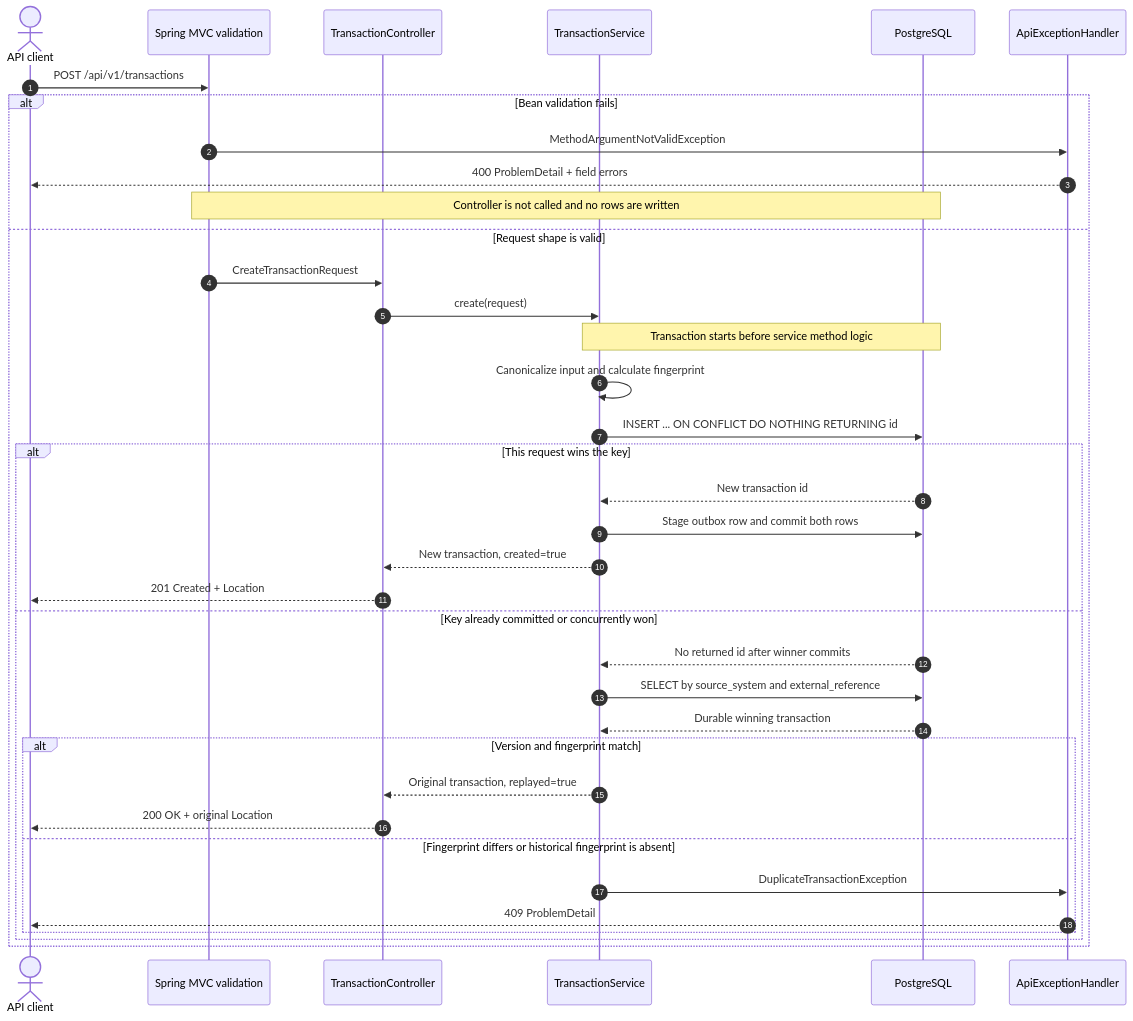
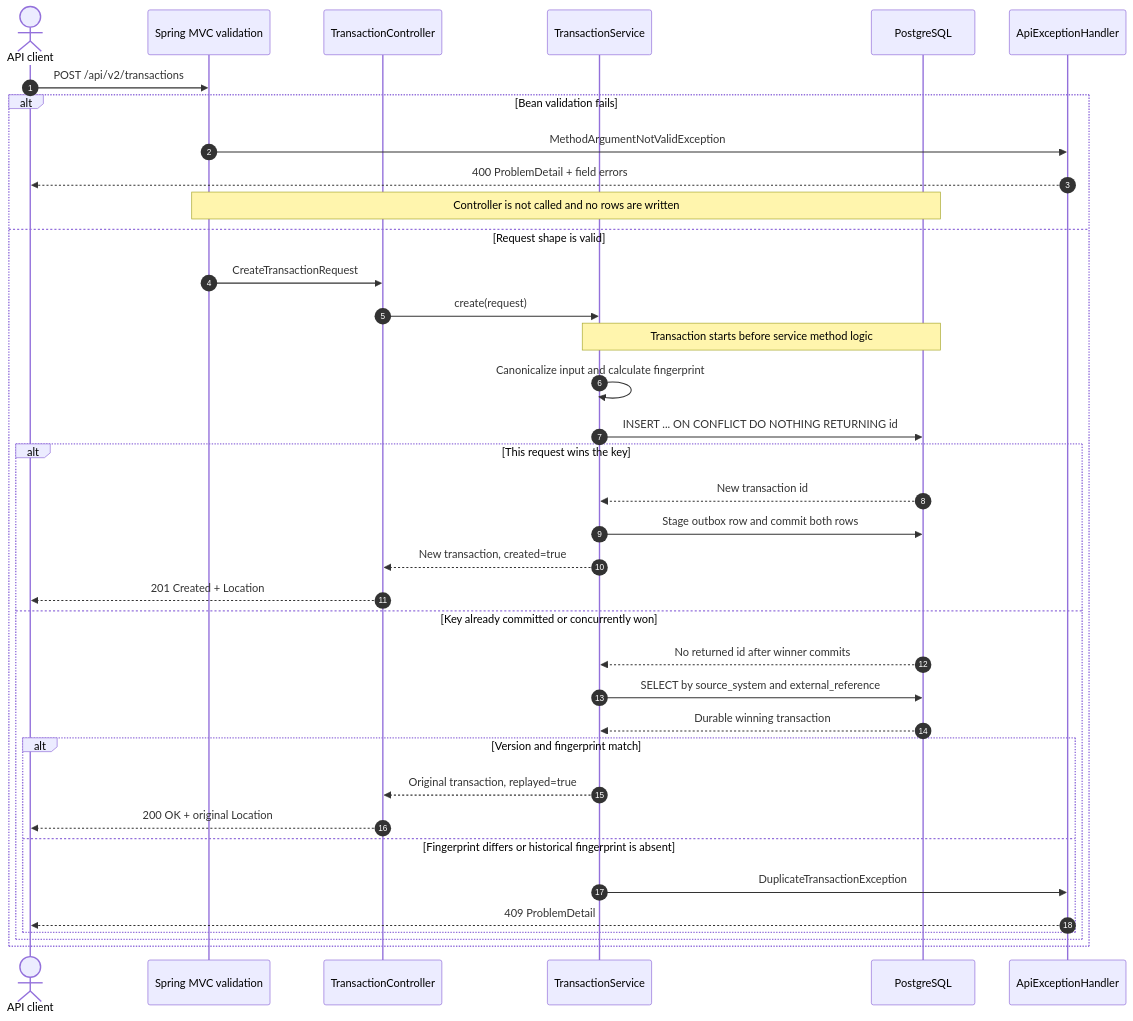
The second of 19 diagrams in docs/sequence-diagrams.md (tarunngusain08/transaction-outbox-service), drawn with Mermaid before and after one commit. The commit also changed other lines of this file and 8 other files, not shown here.

````diff
--- a/docs/sequence-diagrams.md
+++ b/docs/sequence-diagrams.md
@@ -47,40 +47,40 @@
 ```mermaid
 sequenceDiagram
     autonumber
     actor Client as API client
     participant MVC as Spring MVC validation
     participant Controller as TransactionController
     participant Service as TransactionService
     participant DB as PostgreSQL
     participant Handler as ApiExceptionHandler
 
-    Client->>MVC: POST /api/v1/transactions
+    Client->>MVC: POST /api/v2/transactions
     alt Bean validation fails
         MVC->>Handler: MethodArgumentNotValidException
         Handler-->>Client: 400 ProblemDetail + field errors
         Note over MVC,DB: Controller is not called and no rows are written
     else Request shape is valid
         MVC->>Controller: CreateTransactionRequest
         Controller->>Service: create(request)
         Note over Service,DB: Transaction starts before service method logic
         Service->>Service: Canonicalize input and calculate fingerprint
         Service->>DB: INSERT ... ON CONFLICT DO NOTHING RETURNING id
         alt This request wins the key
             DB-->>Service: New transaction id
             Service->>DB: Stage outbox row and commit both rows
             Service-->>Controller: New transaction, created=true
             Controller-->>Client: 201 Created + Location
         else Key already committed or concurrently won
             DB-->>Service: No returned id after winner commits
             Service->>DB: SELECT by source_system and external_reference
             DB-->>Service: Durable winning transaction
             alt Version and fingerprint match
                 Service-->>Controller: Original transaction, replayed=true
                 Controller-->>Client: 200 OK + original Location
             else Fingerprint differs or historical fingerprint is absent
                 Service->>Handler: DuplicateTransactionException
                 Handler-->>Client: 409 ProblemDetail
             end
         end
     end
 ```
````
